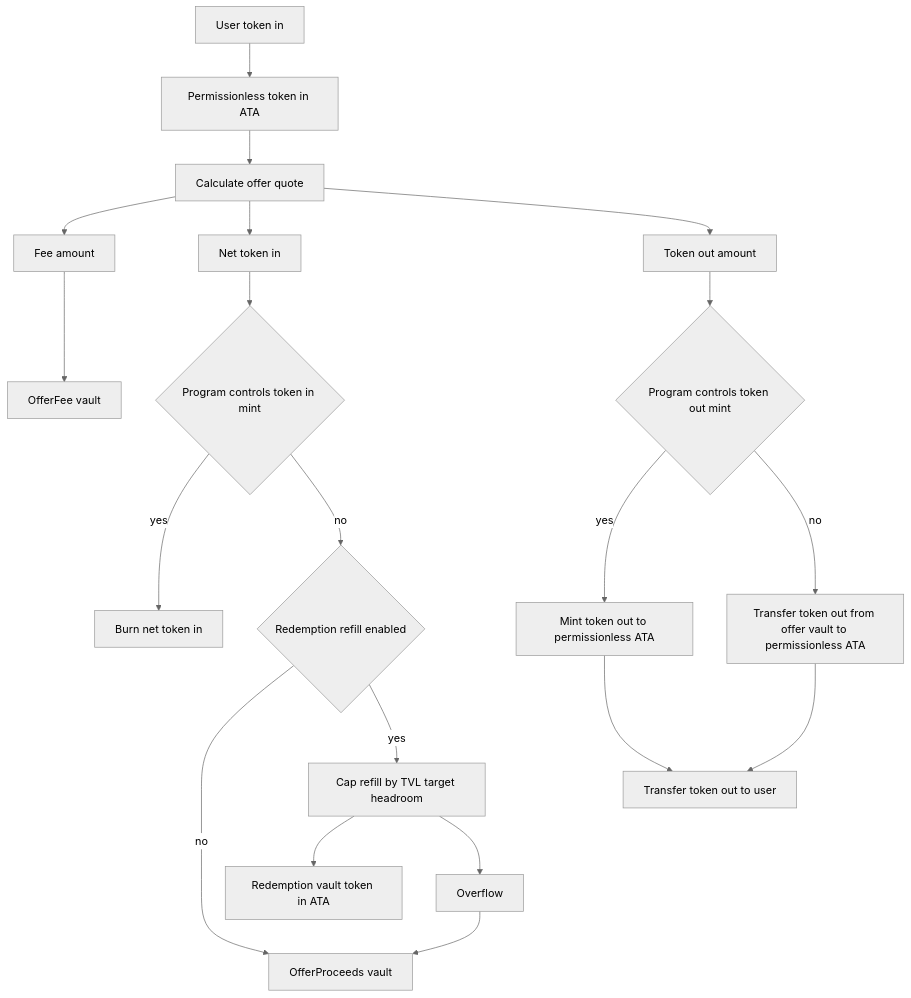
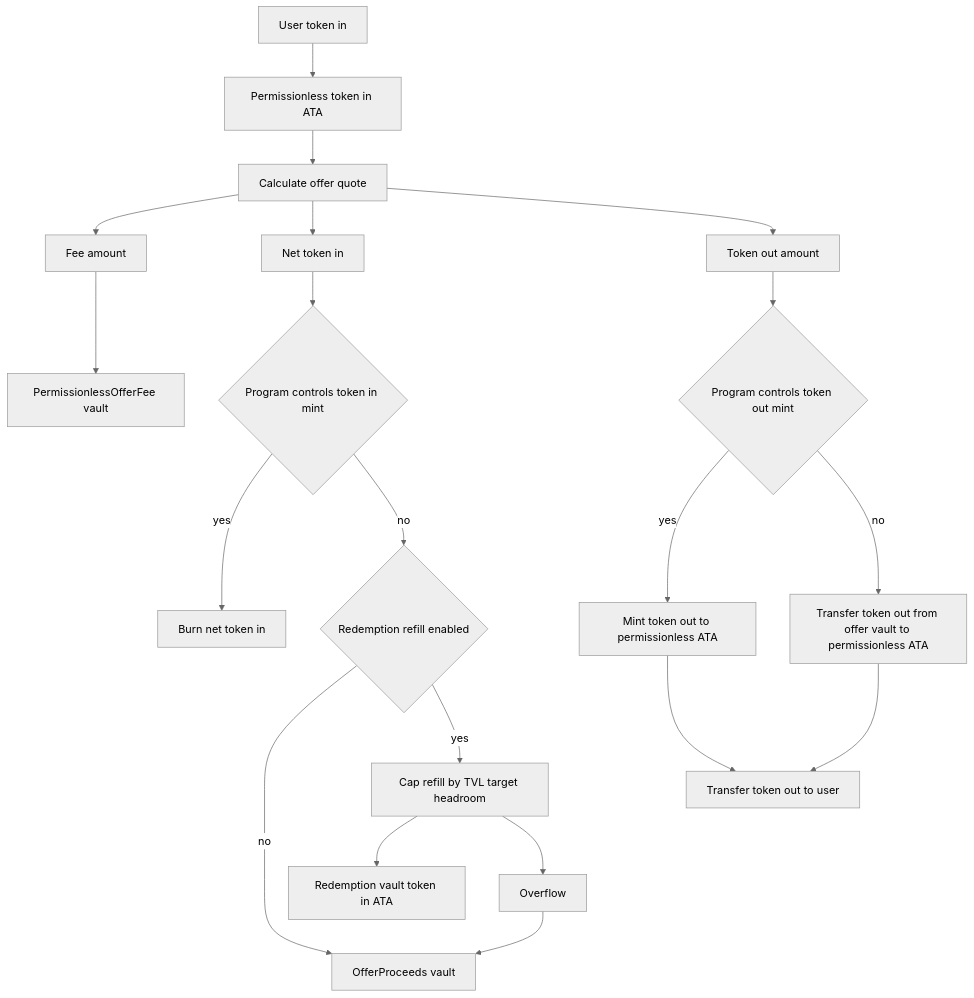
One commit to talllo/onre-sol-fuzz changed the second of 8 diagrams in docs/TOKEN_FLOW_ROUTING.md. Above: the diagram before and after it, drawn with Mermaid (neutral theme). The commit also changed other lines of this file and 3 other files, not shown here.

````diff
--- a/docs/TOKEN_FLOW_ROUTING.md
+++ b/docs/TOKEN_FLOW_ROUTING.md
@@ -70,25 +70,25 @@
 ```mermaid
 flowchart TD
     UserIn[User token in] --> IntermediaryIn[Permissionless token in ATA]
     IntermediaryIn --> Calc[Calculate offer quote]
     Calc --> Fee[Fee amount]
     Calc --> Net[Net token in]
     Calc --> Out[Token out amount]
 
-    Fee --> OfferFee[OfferFee vault]
+    Fee --> PermissionlessOfferFee[PermissionlessOfferFee vault]
 
     Net --> InMintMode{Program controls token in mint}
     InMintMode -- yes --> Burn[Burn net token in]
     InMintMode -- no --> RefillCheck{Redemption refill enabled}
     RefillCheck -- no --> OfferProceeds[OfferProceeds vault]
     RefillCheck -- yes --> Cap[Cap refill by TVL target headroom]
     Cap --> Refill[Redemption vault token in ATA]
     Cap --> Overflow[Overflow]
     Overflow --> OfferProceeds
 
     Out --> OutMintMode{Program controls token out mint}
     OutMintMode -- yes --> MintToIntermediary[Mint token out to permissionless ATA]
     OutMintMode -- no --> VaultToIntermediary[Transfer token out from offer vault to permissionless ATA]
     MintToIntermediary --> UserOut[Transfer token out to user]
     VaultToIntermediary --> UserOut
 ```
````
